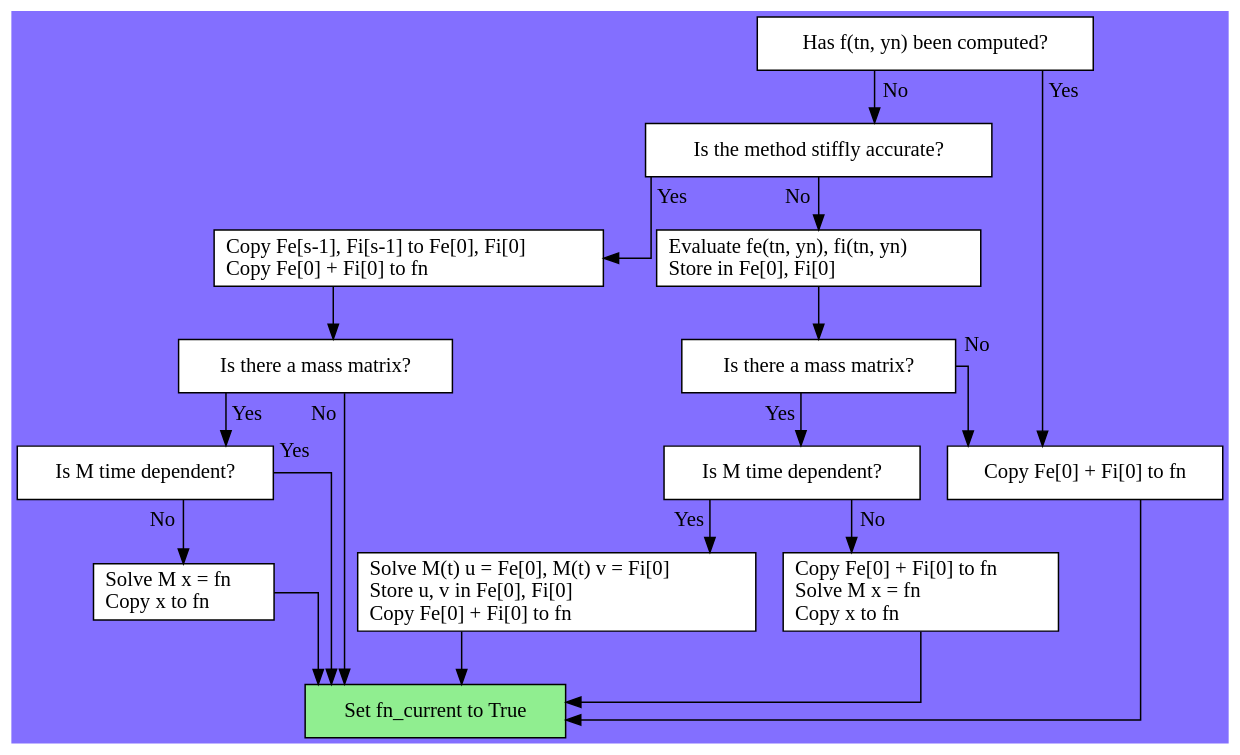
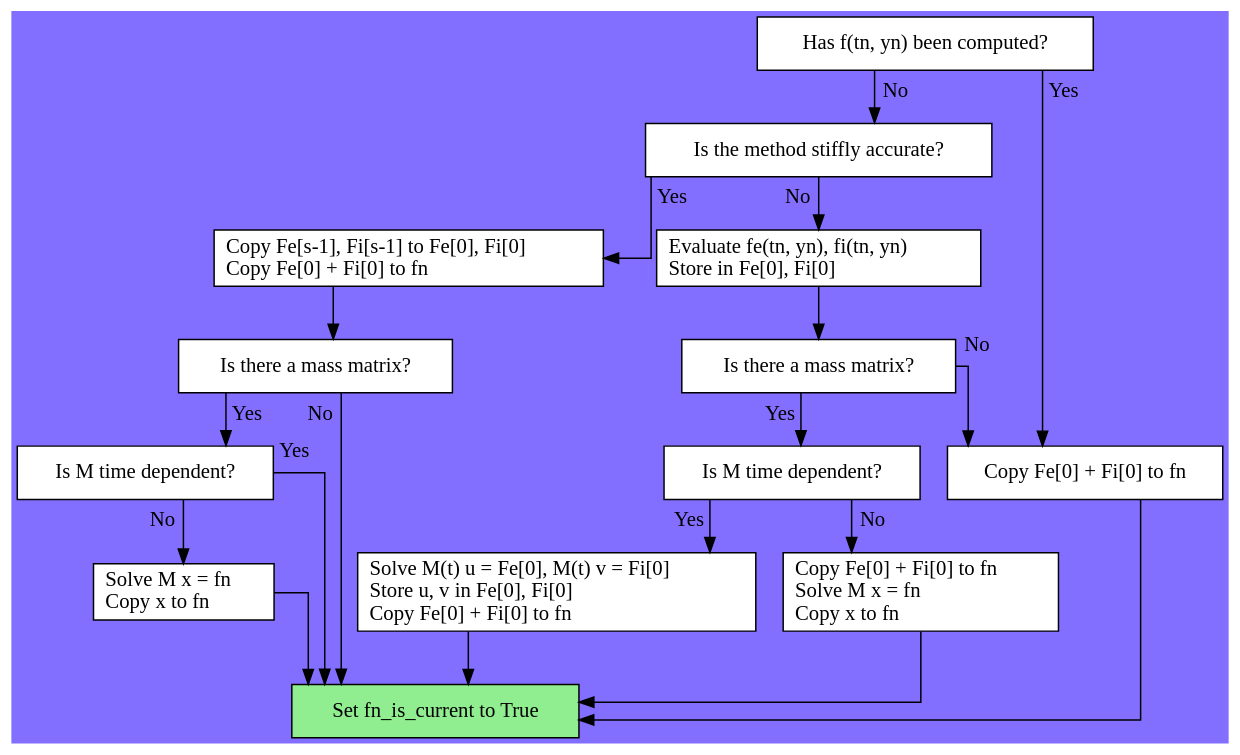
The third of 4 diagrams in doc/sundials_developers/source/packages/ARKODE.rst (LLNL/sundials), drawn with Graphviz before and after one commit. The commit also changed other lines of this file and 6 other files, not shown here.

```diff
--- a/doc/sundials_developers/source/packages/ARKODE.rst
+++ b/doc/sundials_developers/source/packages/ARKODE.rst
@@ -152,43 +152,43 @@
 .. digraph:: ark_fullrhs_start
    :caption: ARKStep Full RHS End
 
    node [shape=box, style=filled, fillcolor=white]
    splines=ortho
    bgcolor=slateblue1
 
    // ------------
    // Full RHS End
    // ------------
 
    fcur    [label="Has f(tn, yn) been computed?"]
    sa      [label="Is the method stiffly accurate?"]
    eval    [label="Evaluate fe(tn, yn), fi(tn, yn)\lStore in Fe[0], Fi[0]\l"]
    mass_a1 [label="Is there a mass matrix?"]
    mass_a2 [label="Is there a mass matrix?"]
    mass_b1 [label="Is M time dependent?"]
    mass_b2 [label="Is M time dependent?"]
    mass_c  [label="Solve M(t) u = Fe[0], M(t) v = Fi[0]\lStore u, v in Fe[0], Fi[0]\lCopy Fe[0] + Fi[0] to fn\l"]
    mass_d1 [label="Solve M x = fn\lCopy x to fn\l"]
    mass_d2 [label="Copy Fe[0] + Fi[0] to fn\lSolve M x = fn\lCopy x to fn\l"]
    copy_1  [label="Copy Fe[0] + Fi[0] to fn"]
    copy_2  [label="Copy Fe[s-1], Fi[s-1] to Fe[0], Fi[0]\lCopy Fe[0] + Fi[0] to fn\l"]
-   return  [label="Set fn_current to True", style=filled, fillcolor=lightgreen]
+   return  [label="Set fn_is_current to True", style=filled, fillcolor=lightgreen]
 
    fcur         -> copy_1       [taillabel="Yes", labeldistance=2, labelangle=45]
    fcur         -> sa           [taillabel="No", labeldistance=2, labelangle=45]
    sa           -> copy_2       [taillabel="Yes", labeldistance=2, labelangle=45]
    copy_2       -> mass_a1
    mass_a1      -> return       [taillabel="No", labeldistance=2, labelangle=-45]
    mass_a1      -> mass_b1      [taillabel="Yes", labeldistance=2, labelangle=45]
    mass_b1      -> mass_d1      [taillabel="No", labeldistance=2, labelangle=-45]
    mass_d1      -> return
    mass_b1      -> return       [taillabel="Yes", labeldistance=2, labelangle=45]
    sa           -> eval         [taillabel="No", labeldistance=2, labelangle=-45]
    eval         -> mass_a2
    mass_a2      -> copy_1       [taillabel="No", labeldistance=2, labelangle=45]
    copy_1       -> return
    mass_a2      -> mass_b2      [taillabel="Yes", labeldistance=2, labelangle=-45]
    mass_b2      -> mass_c       [taillabel="Yes", labeldistance=2, labelangle=-45]
    mass_c       -> return
    mass_b2      -> mass_d2      [taillabel="No", labeldistance=2, labelangle=45]
    mass_d2      -> return
```
